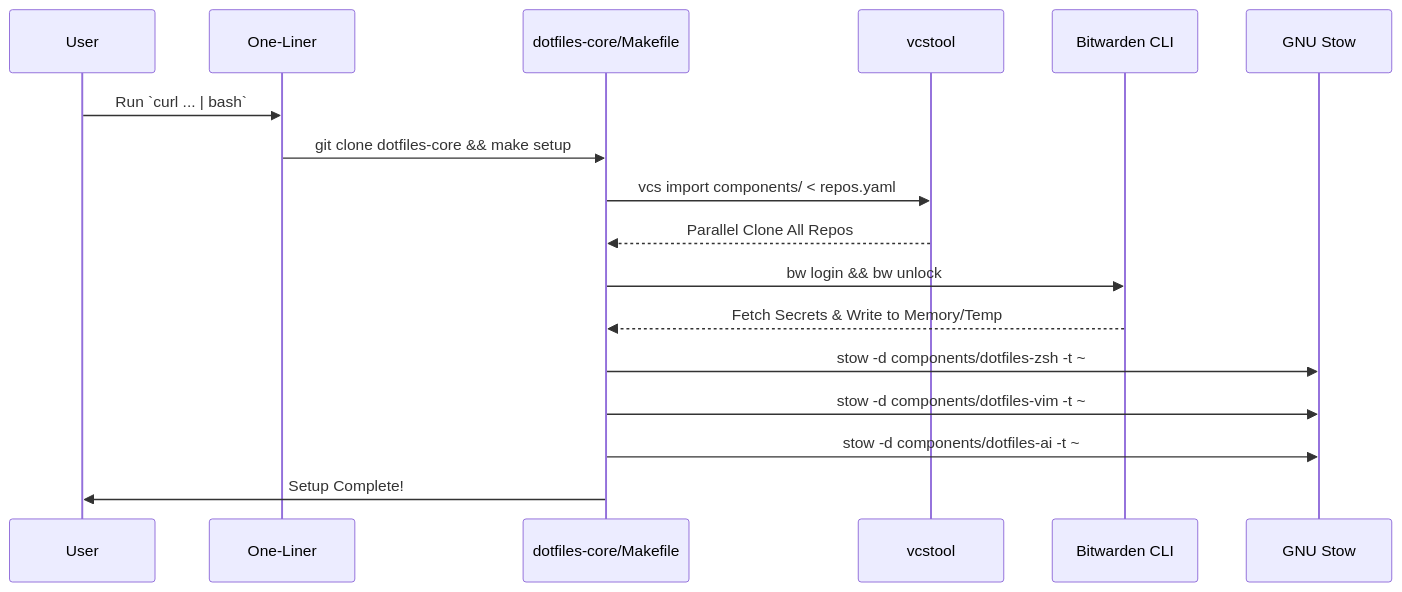
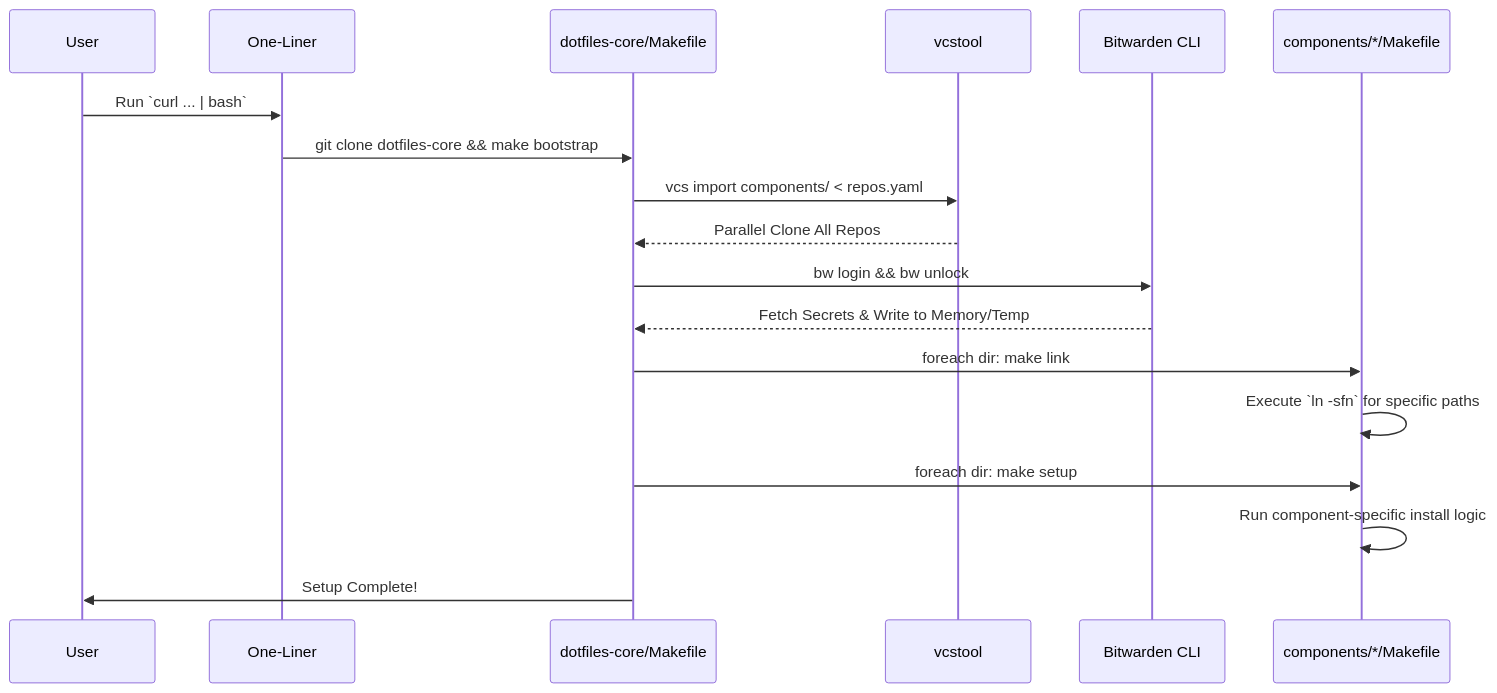
Before and after one commit to yohi/dotfiles-core: the diagram in SPEC.md, drawn with Mermaid. The commit also changed other lines of this file and 5 other files, not shown here.

````diff
--- a/SPEC.md
+++ b/SPEC.md
@@ -53,20 +77,21 @@
 ```mermaid
 sequenceDiagram
     participant User
     participant CurlBash as One-Liner
-    participant Make as dotfiles-core/Makefile
+    participant CoreMake as dotfiles-core/Makefile
     participant VCS as vcstool
     participant BW as Bitwarden CLI
-    participant Stow as GNU Stow
+    participant SubMake as components/*/Makefile
 
     User->>CurlBash: Run `curl ... | bash`
-    CurlBash->>Make: git clone dotfiles-core && make setup
-    Make->>VCS: vcs import components/ < repos.yaml
-    VCS-->>Make: Parallel Clone All Repos
-    Make->>BW: bw login && bw unlock
-    BW-->>Make: Fetch Secrets & Write to Memory/Temp
-    Make->>Stow: stow -d components/dotfiles-zsh -t ~
-    Make->>Stow: stow -d components/dotfiles-vim -t ~
-    Make->>Stow: stow -d components/dotfiles-ai -t ~
-    Make->>User: Setup Complete!
+    CurlBash->>CoreMake: git clone dotfiles-core && make bootstrap
+    CoreMake->>VCS: vcs import components/ < repos.yaml
+    VCS-->>CoreMake: Parallel Clone All Repos
+    CoreMake->>BW: bw login && bw unlock
+    BW-->>CoreMake: Fetch Secrets & Write to Memory/Temp
+    CoreMake->>SubMake: foreach dir: make link
+    SubMake->>SubMake: Execute `ln -sfn` for specific paths
+    CoreMake->>SubMake: foreach dir: make setup
+    SubMake->>SubMake: Run component-specific install logic
+    CoreMake->>User: Setup Complete!
 ```
````
